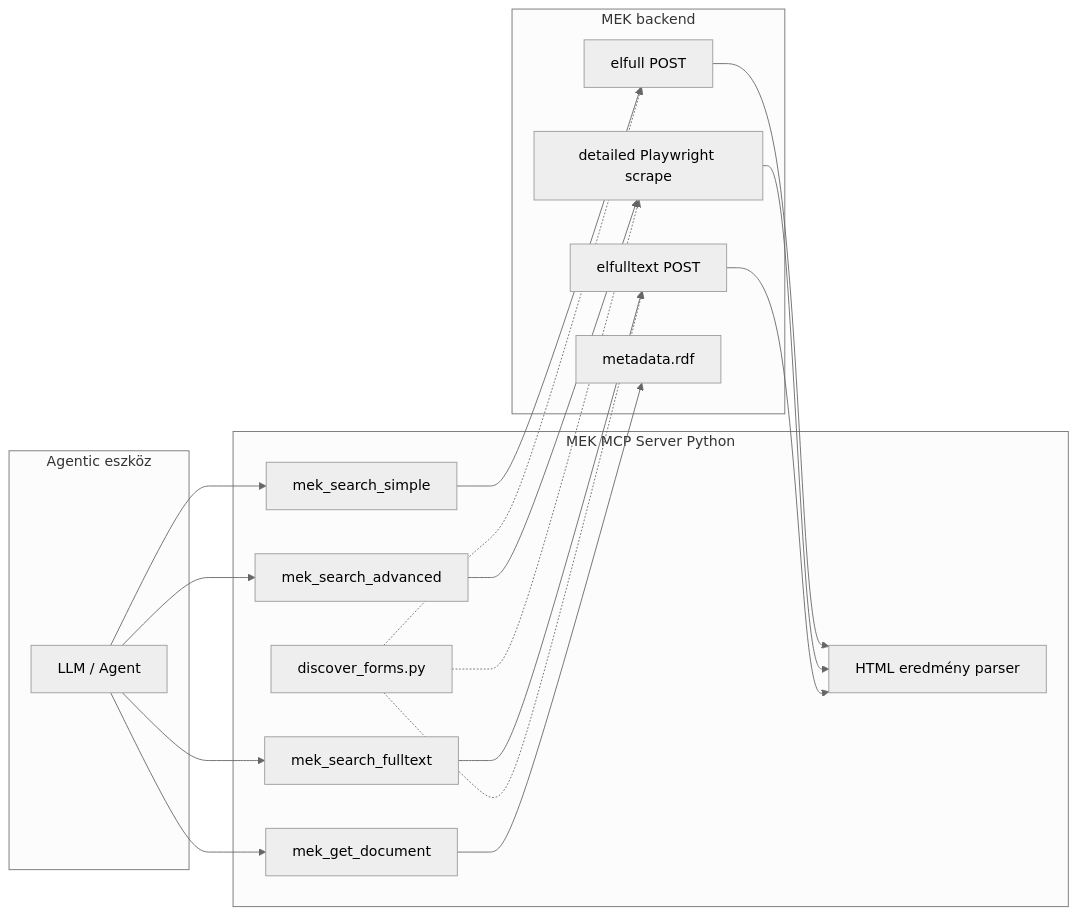
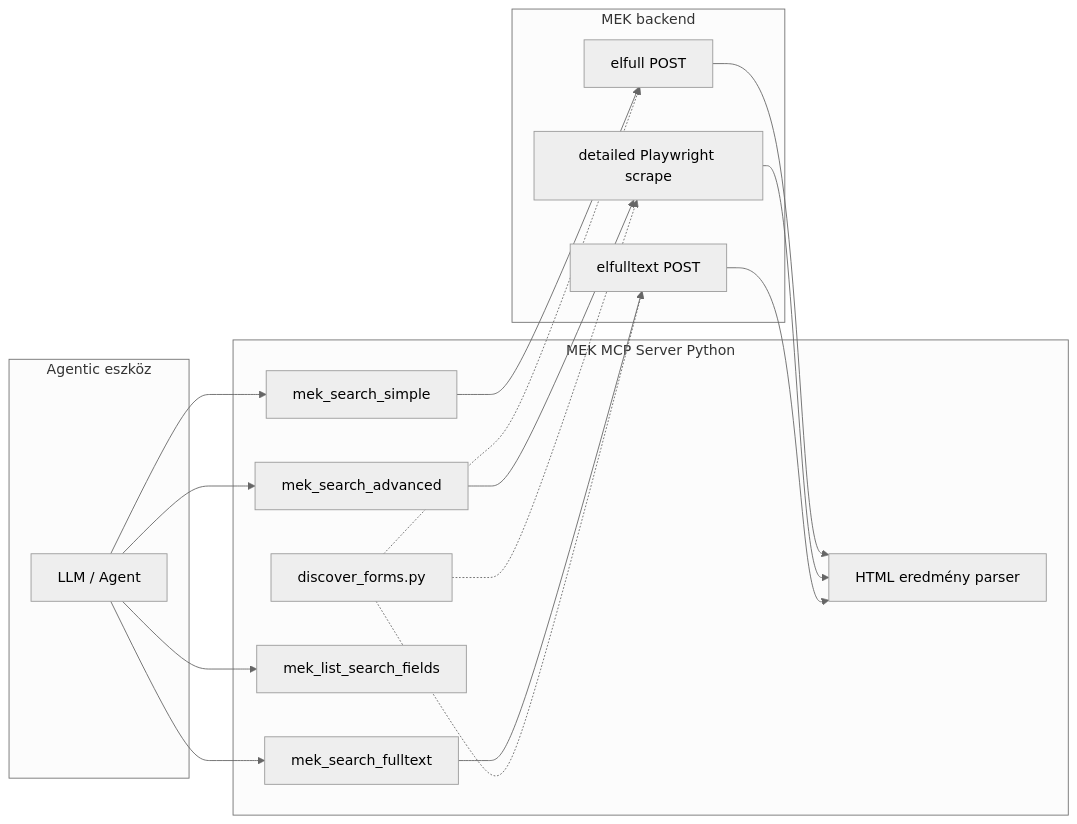
Before and after one commit to wlagyorgy/mcp-server-mek: the diagram in docs/architecture.md, drawn with Mermaid (neutral theme). The commit also changed other lines of this file and 1 other file, not shown here.

````diff
--- a/docs/architecture.md
+++ b/docs/architecture.md
@@ -9,26 +9,24 @@
 ```mermaid
 flowchart LR
     subgraph agent [Agentic eszköz]
         LLM[LLM / Agent]
     end
     subgraph mcp [MEK MCP Server Python]
         T1[mek_search_simple]
         T2[mek_search_advanced]
         T3[mek_search_fulltext]
-        T4[mek_get_document]
+        T4[mek_list_search_fields]
         Parser[HTML eredmény parser]
         Discovery[discover_forms.py]
     end
     subgraph mek [MEK backend]
         Elf[elfull POST]
         Detailed[detailed Playwright scrape]
         FT1[elfulltext POST]
-        RDF[metadata.rdf]
     end
     LLM --> T1 & T2 & T3 & T4
     T1 --> Elf --> Parser
     T2 --> Detailed --> Parser
     T3 --> FT1 --> Parser
-    T4 --> RDF
     Discovery -.-> Elf & Detailed & FT1
 ```
````
